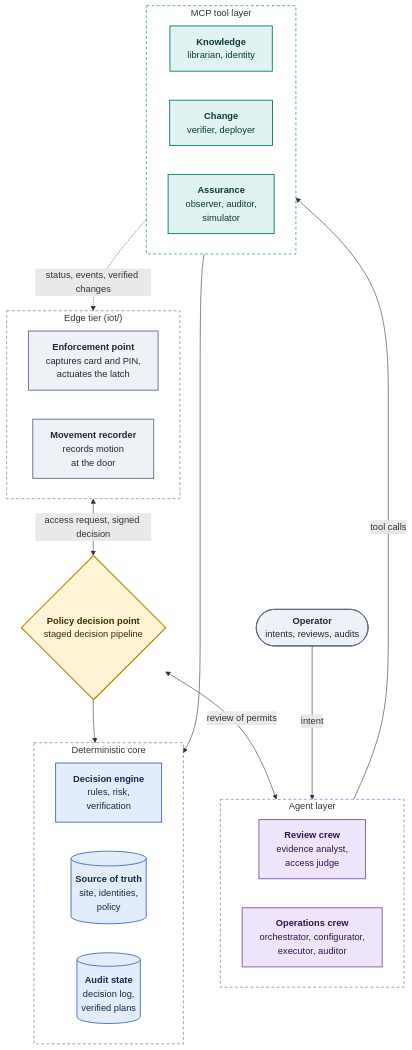
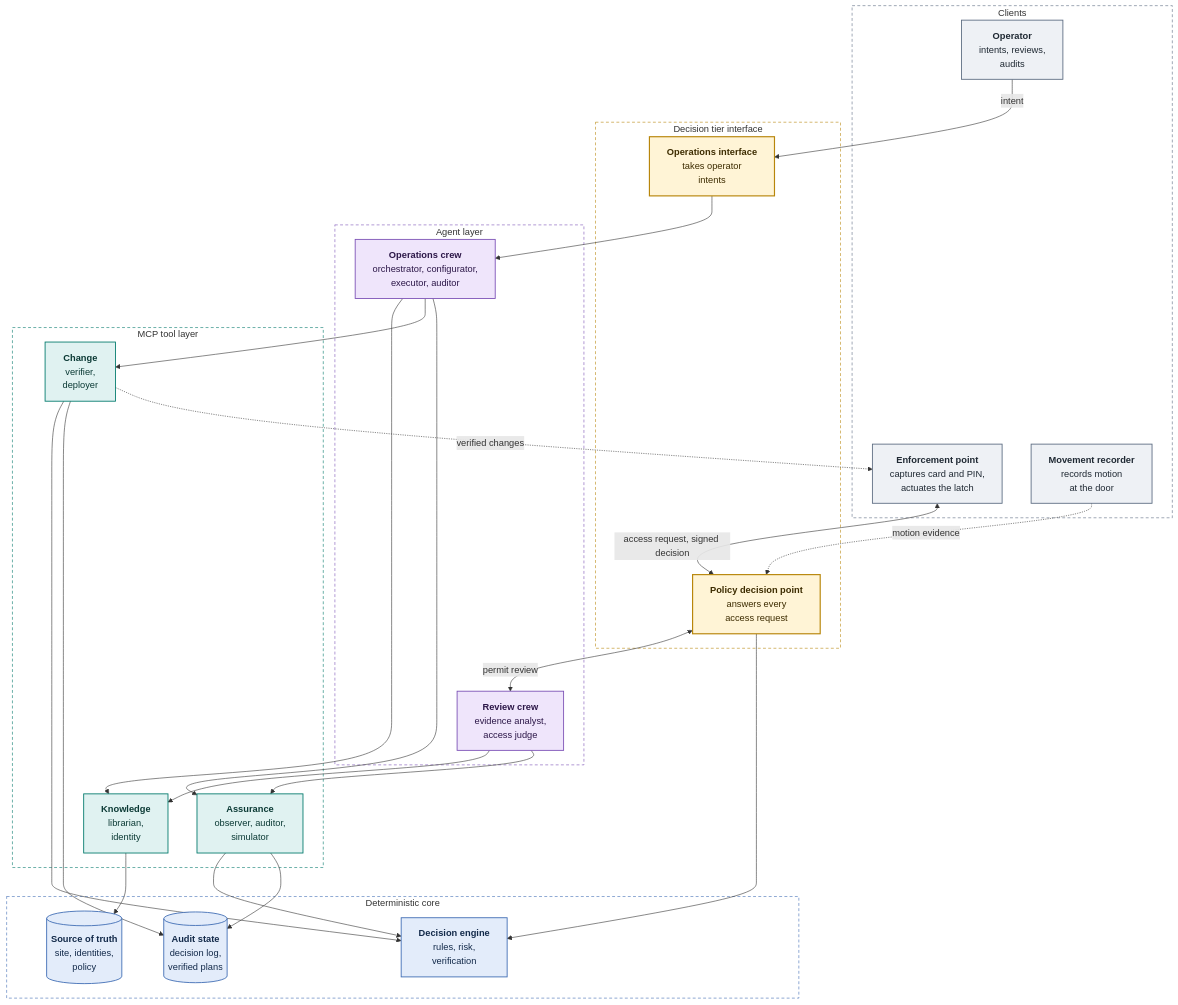
One commit to CICTHackathon/llm-access changed the first of 3 diagrams in README.md. Above: the diagram before and after it, drawn with Mermaid.

Commit message:
docs: redesign architecture diagram as full-width interacting layers

````diff
--- a/README.md
+++ b/README.md
@@ -50,55 +50,64 @@
 ```mermaid
 flowchart TB
-    OP(["<b>Operator</b><br/>intents, reviews, audits"])
-
-    subgraph EDGE["Edge tier (iot/)"]
-        direction LR
+    subgraph CLIENTS["Clients"]
         PEP["<b>Enforcement point</b><br/>captures card and PIN,<br/>actuates the latch"]
         REC["<b>Movement recorder</b><br/>records motion<br/>at the door"]
+        OP["<b>Operator</b><br/>intents, reviews,<br/>audits"]
     end
 
-    PDP{"<b>Policy decision point</b><br/>staged decision pipeline"}
+    subgraph INTERFACE["Decision tier interface"]
+        PDP["<b>Policy decision point</b><br/>answers every<br/>access request"]
+        OPI["<b>Operations interface</b><br/>takes operator<br/>intents"]
+    end
 
     subgraph AGENTS["Agent layer"]
-        direction LR
         REV["<b>Review crew</b><br/>evidence analyst,<br/>access judge"]
         OPS["<b>Operations crew</b><br/>orchestrator, configurator,<br/>executor, auditor"]
     end
 
     subgraph TOOLS["MCP tool layer"]
-        direction LR
-        KNOW["<b>Knowledge</b><br/>librarian, identity"]
-        CHANGE["<b>Change</b><br/>verifier, deployer"]
+        KNOW["<b>Knowledge</b><br/>librarian,<br/>identity"]
+        CHANGE["<b>Change</b><br/>verifier,<br/>deployer"]
         ASSURE["<b>Assurance</b><br/>observer, auditor,<br/>simulator"]
     end
 
     subgraph CORE["Deterministic core"]
-        direction LR
         ENG["<b>Decision engine</b><br/>rules, risk,<br/>verification"]
         SOT[("<b>Source of truth</b><br/>site, identities,<br/>policy")]
         AUD[("<b>Audit state</b><br/>decision log,<br/>verified plans")]
     end
 
-    EDGE <-->|access request, signed decision| PDP
-    PDP <-->|review of permits| AGENTS
-    OP -->|intent| AGENTS
-    AGENTS -->|tool calls| TOOLS
-    PDP --> CORE
-    TOOLS --> CORE
-    TOOLS -.->|status, events, verified changes| EDGE
+    PEP <-->|access request, signed decision| PDP
+    REC -.->|motion evidence| PDP
+    OP -->|intent| OPI
+    PDP <-->|permit review| REV
+    OPI --> OPS
+    PDP --> ENG
+    REV --> KNOW
+    REV --> ASSURE
+    OPS --> KNOW
+    OPS --> CHANGE
+    OPS --> ASSURE
+    KNOW --> SOT
+    CHANGE --> ENG
+    CHANGE --> AUD
+    ASSURE --> ENG
+    ASSURE --> AUD
+    CHANGE -.->|verified changes| PEP
 
-    classDef edge fill:#eef1f5,stroke:#5b6b80,color:#1f2933,stroke-width:1.5px
-    classDef pdp fill:#fff4d6,stroke:#b8860b,color:#3d2c00,stroke-width:2px
+    classDef client fill:#eef1f5,stroke:#5b6b80,color:#1f2933,stroke-width:1.5px
+    classDef iface fill:#fff4d6,stroke:#b8860b,color:#3d2c00,stroke-width:2px
     classDef agent fill:#efe5fb,stroke:#7a4fb5,color:#2c1748,stroke-width:1.5px
     classDef tool fill:#e0f2f1,stroke:#00796b,color:#0b3a35,stroke-width:1.5px
     classDef core fill:#e3ecfa,stroke:#3d6bb3,color:#132a4a,stroke-width:1.5px
-    class OP,PEP,REC edge
-    class PDP pdp
+    class PEP,REC,OP client
+    class PDP,OPI iface
     class REV,OPS agent
     class KNOW,CHANGE,ASSURE tool
     class ENG,SOT,AUD core
-    style EDGE fill:transparent,stroke:#5b6b80,stroke-dasharray:5 4
+    style CLIENTS fill:transparent,stroke:#5b6b80,stroke-dasharray:5 4
+    style INTERFACE fill:transparent,stroke:#b8860b,stroke-dasharray:5 4
     style AGENTS fill:transparent,stroke:#7a4fb5,stroke-dasharray:5 4
     style TOOLS fill:transparent,stroke:#00796b,stroke-dasharray:5 4
     style CORE fill:transparent,stroke:#3d6bb3,stroke-dasharray:5 4
 ```
````
